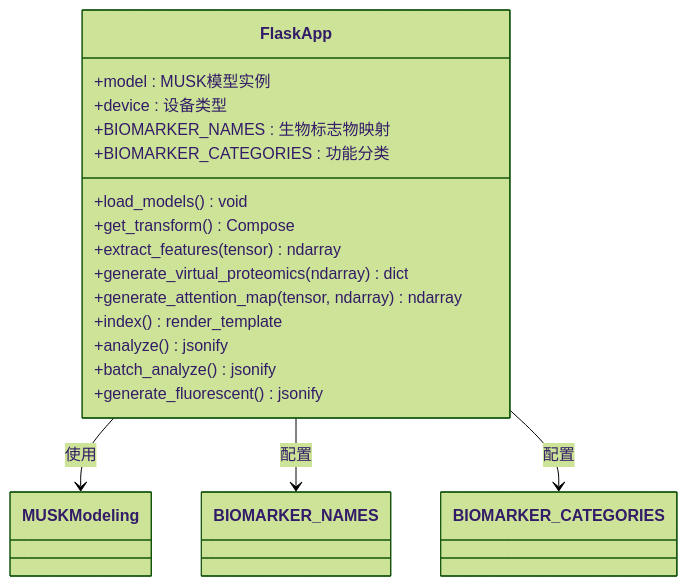
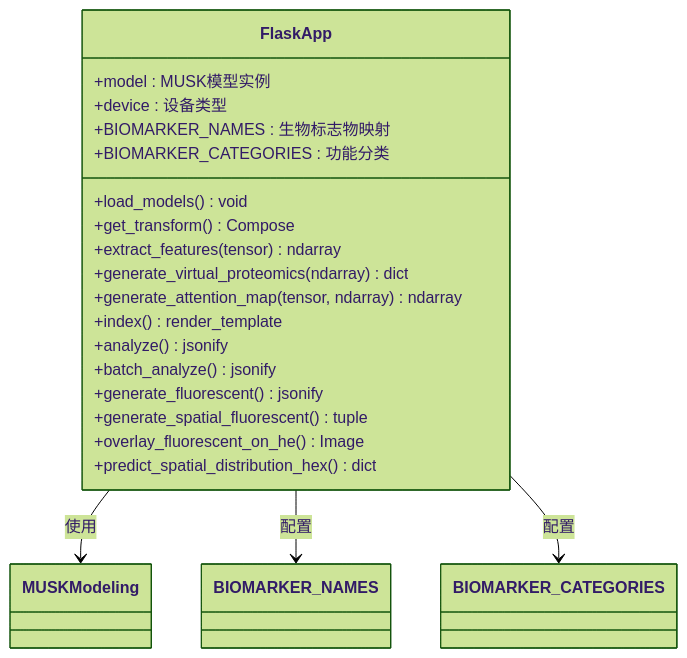
One commit to acproject/HEX changed the fourth of 11 diagrams in .qoder/repowiki/zh/content/配置与部署/Web应用程序开发指南.md. Above: the diagram before and after it, drawn with Mermaid (forest theme). The commit also changed other lines of this file and 7 other files, not shown here.

````diff
--- a/.qoder/repowiki/zh/content/配置与部署/Web应用程序开发指南.md
+++ b/.qoder/repowiki/zh/content/配置与部署/Web应用程序开发指南.md
@@ -176,21 +215,24 @@
 ```mermaid
 classDiagram
 class FlaskApp {
 +model : MUSK模型实例
 +device : 设备类型
 +BIOMARKER_NAMES : 生物标志物映射
 +BIOMARKER_CATEGORIES : 功能分类
 +load_models() void
 +get_transform() Compose
 +extract_features(tensor) ndarray
 +generate_virtual_proteomics(ndarray) dict
 +generate_attention_map(tensor, ndarray) ndarray
 +index() render_template
 +analyze() jsonify
 +batch_analyze() jsonify
 +generate_fluorescent() jsonify
++generate_spatial_fluorescent() tuple
++overlay_fluorescent_on_he() Image
++predict_spatial_distribution_hex() dict
 }
 FlaskApp --> MUSKModeling : 使用
 FlaskApp --> BIOMARKER_NAMES : 配置
 FlaskApp --> BIOMARKER_CATEGORIES : 配置
 ```
````
